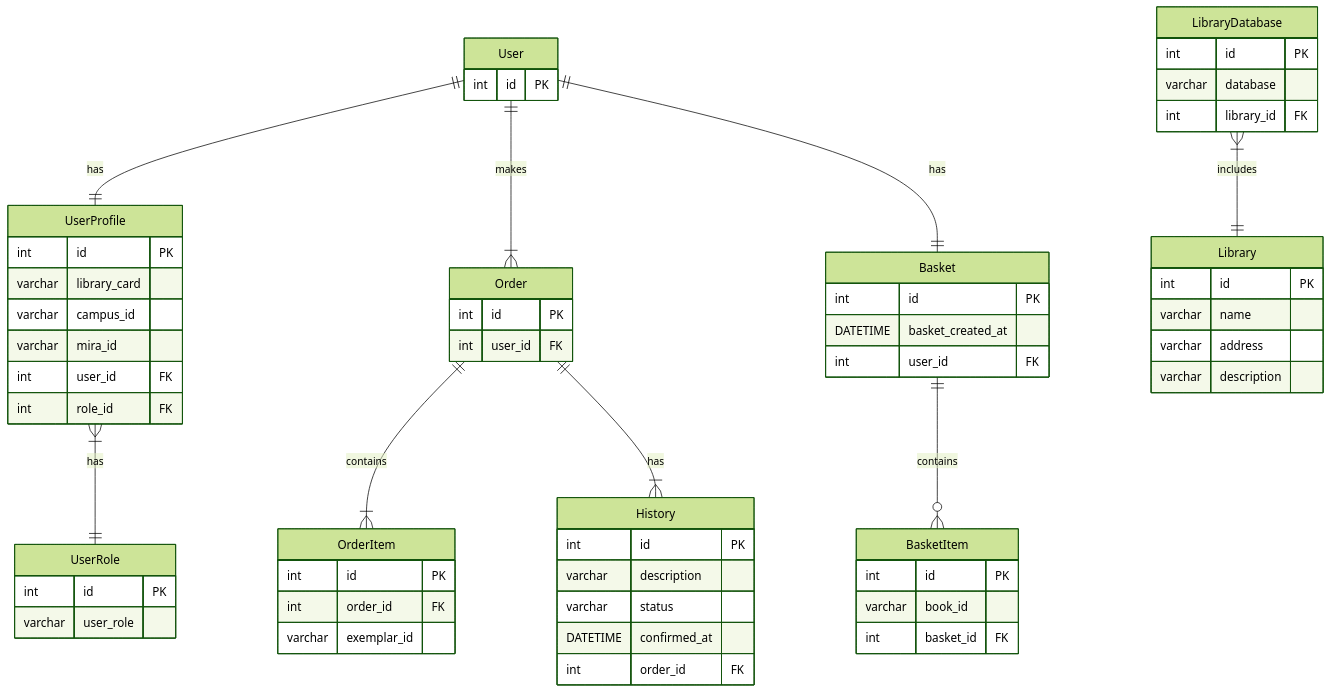
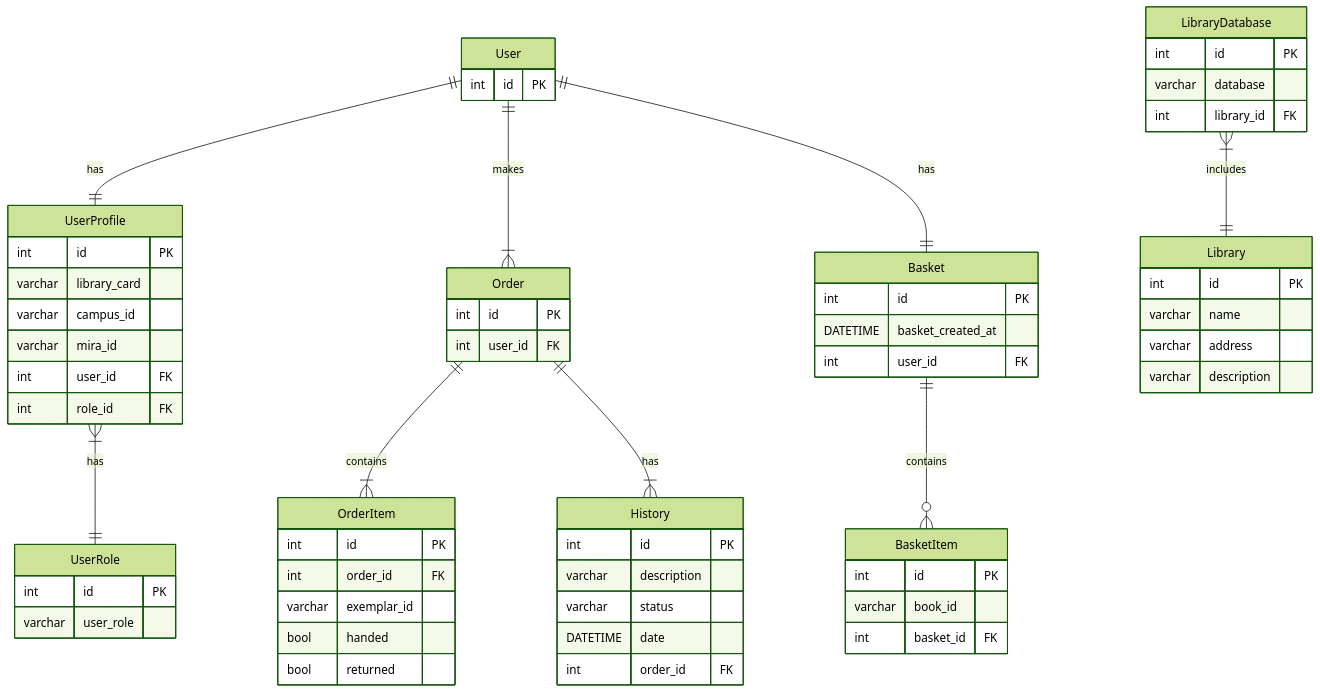
Before and after one commit to nnn1ki/library-online: the second of 2 diagrams in README.md, drawn with Mermaid (forest theme). The commit also changed 4 other files, not shown here.

````diff
--- a/README.md
+++ b/README.md
@@ -32,74 +32,76 @@
 ```mermaid
 erDiagram
     User ||--|| UserProfile : has
     User ||--|{ Order : makes
     User ||--|| Basket : has
     UserProfile }|--|| UserRole : has
     Order ||--|{ OrderItem : contains
     Order ||--|{ History : has
     Basket ||--o{ BasketItem : contains
     
     LibraryDatabase }|--|| Library : includes
     
     User { 
       int id PK 
     }
 
     UserProfile {
       int id PK 
       varchar library_card
       varchar campus_id 
       varchar mira_id
       int user_id FK
       int role_id FK
     }
 
     UserRole{
         int id PK
         varchar user_role 
     }
     
     Basket {
         int id PK 
         DATETIME basket_created_at 
         int user_id FK
     }
 
     BasketItem{
         int id PK
         varchar book_id
         int basket_id FK
     }
 
     Order{
         int id PK  
         int user_id FK
     }
 
     History{
         int id PK
         varchar description
         varchar status
-        DATETIME confirmed_at
+        DATETIME date
         int order_id FK 
     }
 
     OrderItem{
         int id PK
         int order_id FK
         varchar exemplar_id
+        bool handed
+        bool returned
     }
 
     Library {
         int id PK
         varchar name
         varchar address
         varchar description
     }
 
     LibraryDatabase {
         int id PK
         varchar database
         int library_id FK
     }
 ```
````
